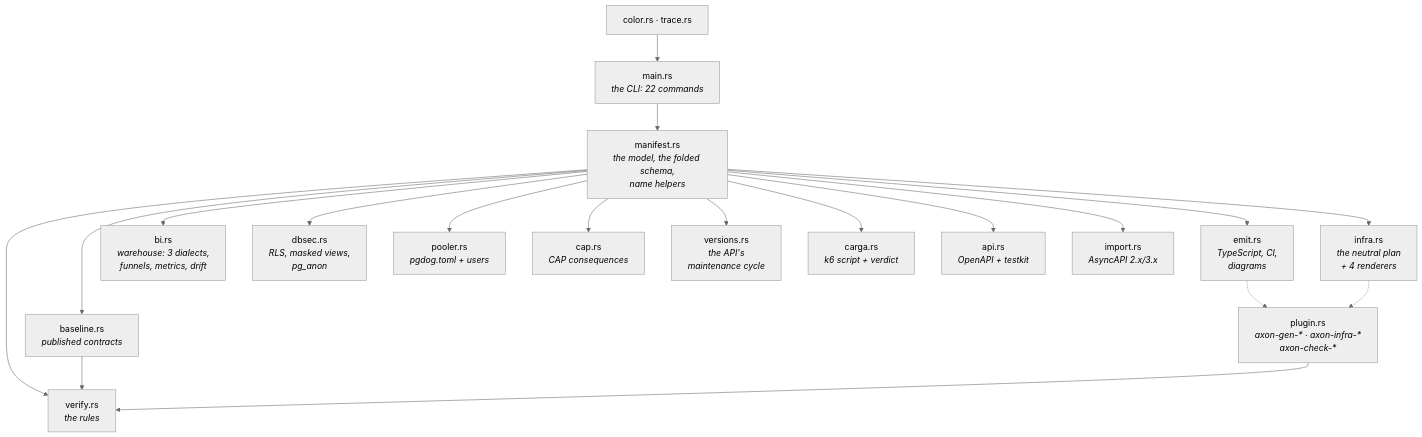
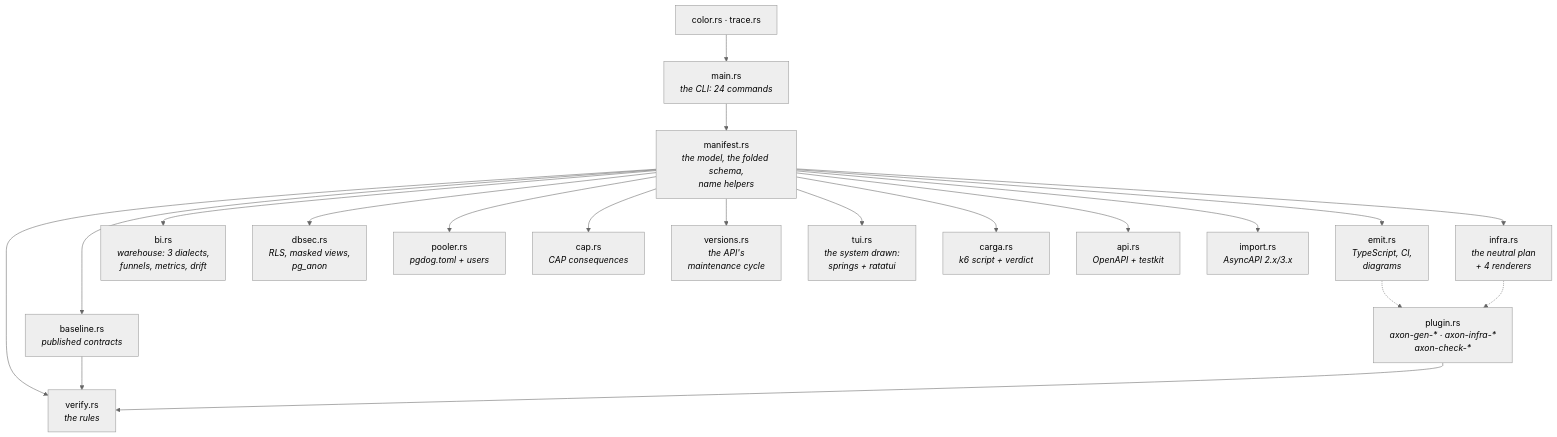
Before and after one commit to Andrew-Tellez/axon: the second of 8 diagrams in docs/src/architecture.md, drawn with Mermaid (neutral theme). The commit also changed other lines of this file and 8 other files, not shown here.

````diff
--- a/docs/src/architecture.md
+++ b/docs/src/architecture.md
@@ -54,25 +54,26 @@
 ```mermaid
 flowchart TB
   MAN["manifest.rs<br/><i>the model, the folded schema,<br/>name helpers</i>"]
 
   MAN --> VER["verify.rs<br/><i>the rules</i>"]
   MAN --> EMIT["emit.rs<br/><i>TypeScript, CI,<br/>diagrams</i>"]
   MAN --> INF["infra.rs<br/><i>the neutral plan<br/>+ 4 renderers</i>"]
   MAN --> BI["bi.rs<br/><i>warehouse: 3 dialects,<br/>funnels, metrics, drift</i>"]
   MAN --> DBS["dbsec.rs<br/><i>RLS, masked views,<br/>pg_anon</i>"]
   MAN --> POOL["pooler.rs<br/><i>pgdog.toml + users</i>"]
   MAN --> CAP["cap.rs<br/><i>CAP consequences</i>"]
   MAN --> VERS["versions.rs<br/><i>the API's<br/>maintenance cycle</i>"]
+  MAN --> TUI["tui.rs<br/><i>the system drawn:<br/>springs + ratatui</i>"]
   MAN --> LOAD["carga.rs<br/><i>k6 script + verdict</i>"]
   MAN --> API["api.rs<br/><i>OpenAPI + testkit</i>"]
   MAN --> BASE["baseline.rs<br/><i>published contracts</i>"]
   MAN --> IMP["import.rs<br/><i>AsyncAPI 2.x/3.x</i>"]
 
   BASE --> VER
   PLUG["plugin.rs<br/><i>axon-gen-* · axon-infra-*<br/>axon-check-*</i>"] --> VER
   EMIT -.-> PLUG
   INF -.-> PLUG
 
-  MAIN["main.rs<br/><i>the CLI: 22 commands</i>"] --> MAN
+  MAIN["main.rs<br/><i>the CLI: 24 commands</i>"] --> MAN
   COL["color.rs · trace.rs"] --> MAIN
 ```
````
